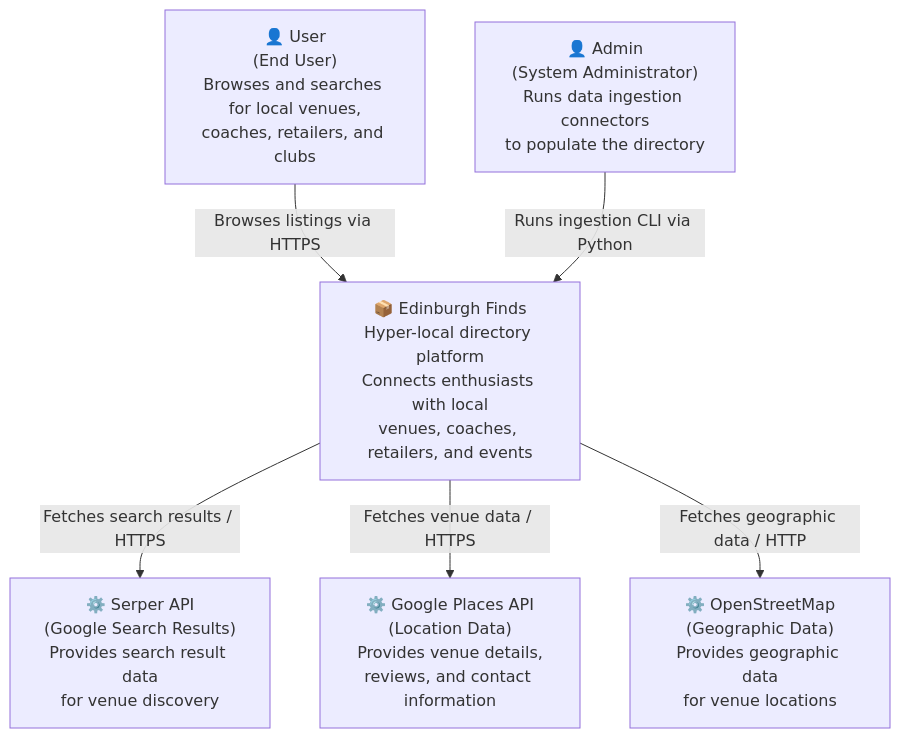
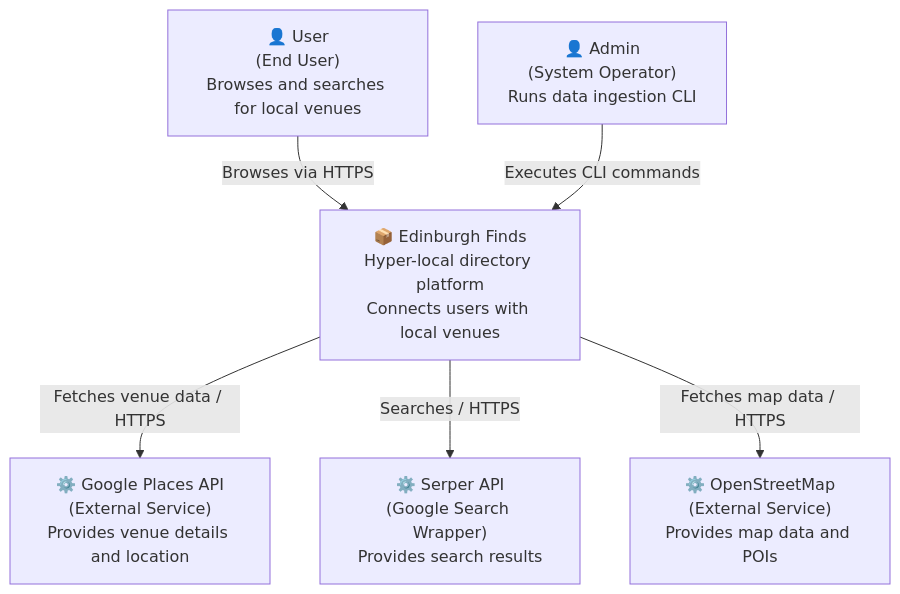
Before and after one commit to LarjGit/edinburgh-finds: the diagram in docs/architecture/c4-level1-context.md, drawn with Mermaid. The commit also changed other lines of this file and 12 other files, not shown here.

````diff
--- a/docs/architecture/c4-level1-context.md
+++ b/docs/architecture/c4-level1-context.md
@@ -12,21 +12,21 @@
 ```mermaid
 graph TB
     %% Users
-    User["👤 User<br/>(End User)<br/>Browses and searches for local venues,<br/>coaches, retailers, and clubs"]
-    Admin["👤 Admin<br/>(System Administrator)<br/>Runs data ingestion connectors<br/>to populate the directory"]
+    User["👤 User<br/>(End User)<br/>Browses and searches for local venues"]
+    Admin["👤 Admin<br/>(System Operator)<br/>Runs data ingestion CLI"]
 
     %% System
-    System["📦 Edinburgh Finds<br/>Hyper-local directory platform<br/>Connects enthusiasts with local<br/>venues, coaches, retailers, and events"]
+    System["📦 Edinburgh Finds<br/>Hyper-local directory platform<br/>Connects users with local venues"]
 
     %% External Systems
-    SerperAPI["⚙️ Serper API<br/>(Google Search Results)<br/>Provides search result data<br/>for venue discovery"]
-    GooglePlaces["⚙️ Google Places API<br/>(Location Data)<br/>Provides venue details,<br/>reviews, and contact information"]
-    OSM["⚙️ OpenStreetMap<br/>(Geographic Data)<br/>Provides geographic data<br/>for venue locations"]
+    GooglePlaces["⚙️ Google Places API<br/>(External Service)<br/>Provides venue details and location"]
+    Serper["⚙️ Serper API<br/>(Google Search Wrapper)<br/>Provides search results"]
+    OSM["⚙️ OpenStreetMap<br/>(External Service)<br/>Provides map data and POIs"]
 
     %% Relationships
-    User -->|"Browses listings via HTTPS"| System
-    Admin -->|"Runs ingestion CLI via Python"| System
-    System -->|"Fetches search results / HTTPS"| SerperAPI
+    User -->|"Browses via HTTPS"| System
+    Admin -->|"Executes CLI commands"| System
     System -->|"Fetches venue data / HTTPS"| GooglePlaces
-    System -->|"Fetches geographic data / HTTP"| OSM
+    System -->|"Searches / HTTPS"| Serper
+    System -->|"Fetches map data / HTTPS"| OSM
 ```
````
